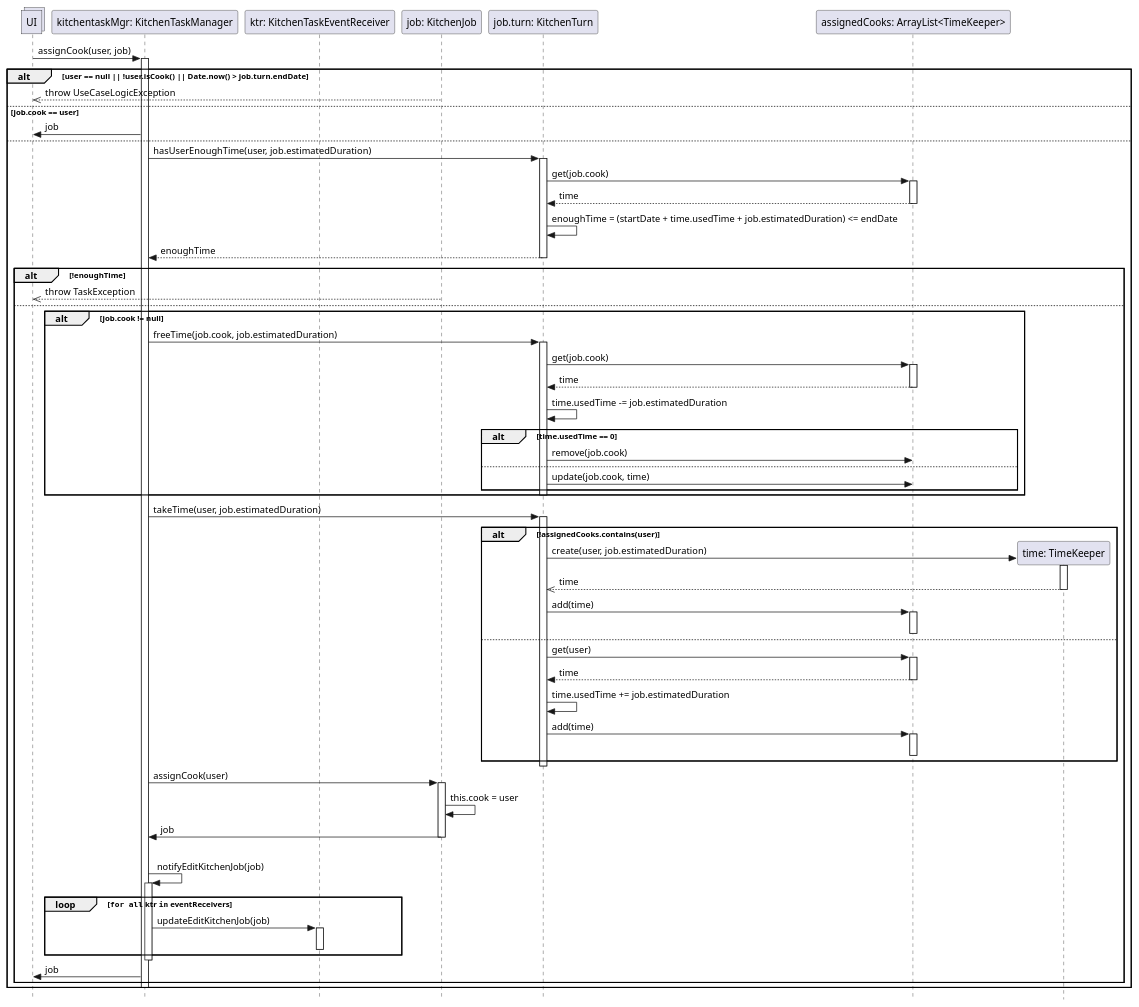
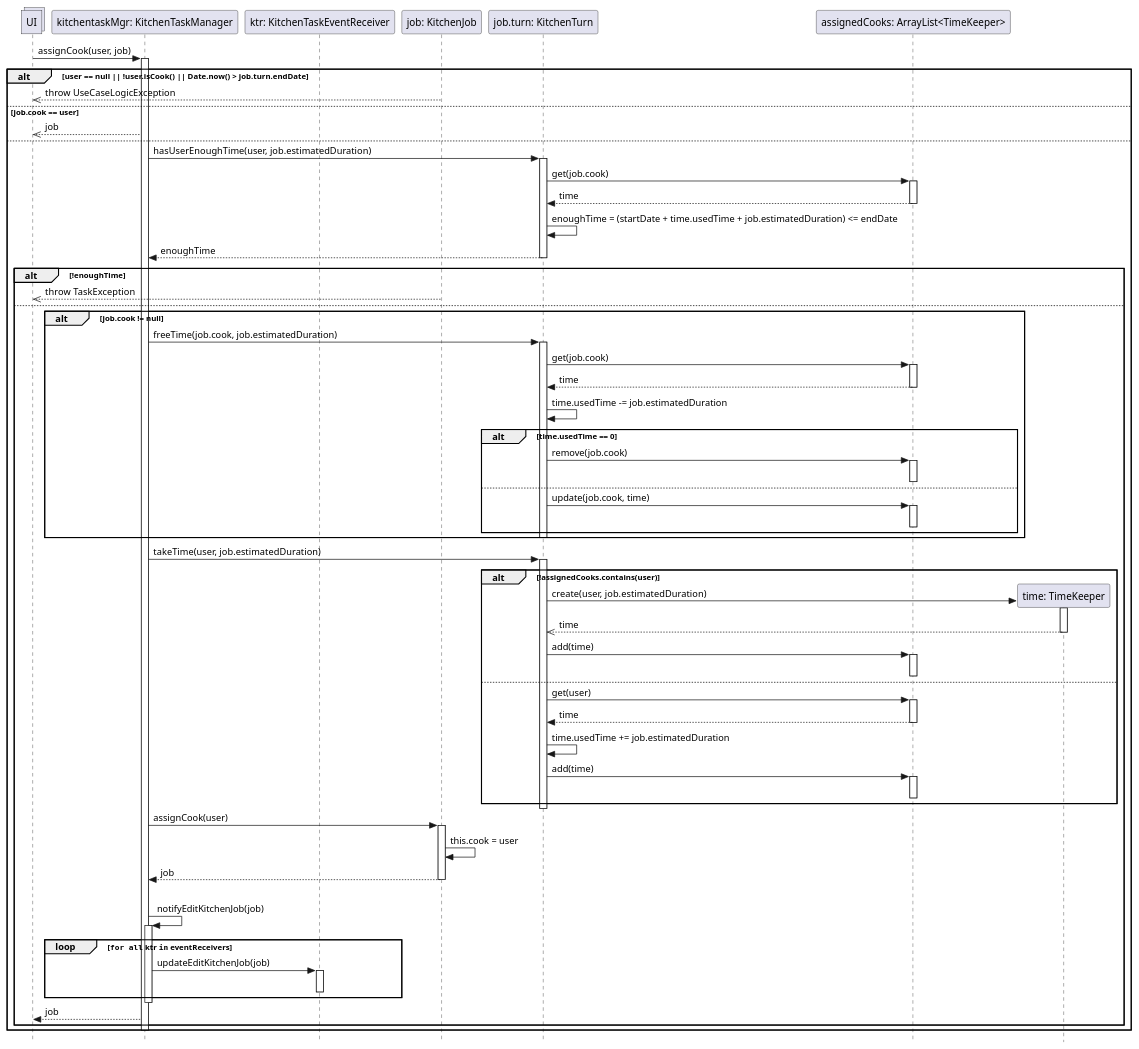
The diagram in UP/Progettazione/UC Gestire Compiti Cucina/DSD/DSD Operazione 6c.puml (stefa168/sas-project), drawn with PlantUML before and after one commit. The commit also changed 2 other files, not shown here.

```diff
--- a/UP/Progettazione/UC Gestire Compiti Cucina/DSD/DSD Operazione 6c.puml
+++ b/UP/Progettazione/UC Gestire Compiti Cucina/DSD/DSD Operazione 6c.puml
@@ -1,101 +1,104 @@
 @startuml
 skinparam Style strictuml
 
 collections UI
 
 participant "kitchentaskMgr: KitchenTaskManager" as ktm
 participant "ktr: KitchenTaskEventReceiver" as ktr
 participant "job: KitchenJob" as job
 participant "job.turn: KitchenTurn" as turn
 participant "assignedCooks: ArrayList<TimeKeeper>" as cooks
 
 UI -> ktm: assignCook(user, job)
 activate ktm
 alt user == null || !user.isCook() || Date.now() > job.turn.endDate
     UI <<-- job: throw UseCaseLogicException
 else job.cook == user
-    UI <- ktm: job
+    UI <<-- ktm: job
 else
     ktm -> turn: hasUserEnoughTime(user, job.estimatedDuration)
     activate turn
 
     turn -> cooks: get(job.cook)
     activate cooks
     return time
 
     turn -> turn: enoughTime = (startDate + time.usedTime + job.estimatedDuration) <= endDate
 
     return enoughTime
     deactivate turn
 
     alt !enoughTime
         UI <<-- job: throw TaskException
     else
         alt job.cook != null
             ktm -> turn: freeTime(job.cook, job.estimatedDuration)
             activate turn
             turn -> cooks: get(job.cook)
             activate cooks
             return time
 
             turn -> turn: time.usedTime -= job.estimatedDuration
 
             ' se per caso liberando del tempo ci accorgiamo che il TimeKeeper è vuoto, cancelliamolo.
             alt time.usedTime == 0
                 turn -> cooks: remove(job.cook)
+                activate cooks
+                deactivate cooks
             ' altrimenti aggiorniamo il tempo.
             else
                 turn -> cooks: update(job.cook, time)
+                activate cooks
+                deactivate cooks
             end
             deactivate turn
         end
 
         ktm -> turn: takeTime(user, job.estimatedDuration)
         activate turn
 
         participant "time: TimeKeeper" as newTime
 
         ' potrebbe trattarsi del primo incarico assegnato all cuoco in questo turno.
         alt !assignedCooks.contains(user)
             turn -> newTime**: create(user, job.estimatedDuration)
             activate newTime
             turn <<-- newTime: time
             deactivate newTime
 
             turn -> cooks: add(time)
             activate cooks
             deactivate cooks
         else
             turn -> cooks: get(user)
             activate cooks
             return time
 
             turn -> turn: time.usedTime += job.estimatedDuration
 
             turn -> cooks: add(time)
             activate cooks
             deactivate cooks
         end
         deactivate turn
 
         ktm -> job: assignCook(user)
         activate job
         job -> job: this.cook = user
-        ktm <- job: job
-        deactivate job
+        return job
 
         |||
         ktm -> ktm: notifyEditKitchenJob(job)
         activate ktm
         loop ""for all"" ktr ""in"" eventReceivers
             ktm -> ktr : updateEditKitchenJob(job)
             activate ktr
             deactivate ktr
         end
         deactivate ktm
 
-        UI <- ktm: job
+        UI <-- ktm: job
         end
 deactivate ktm
 end
 @enduml
```
